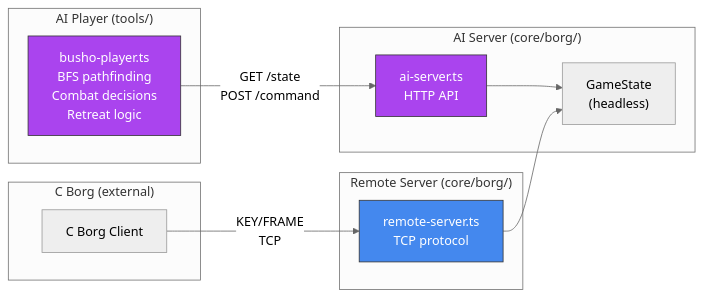
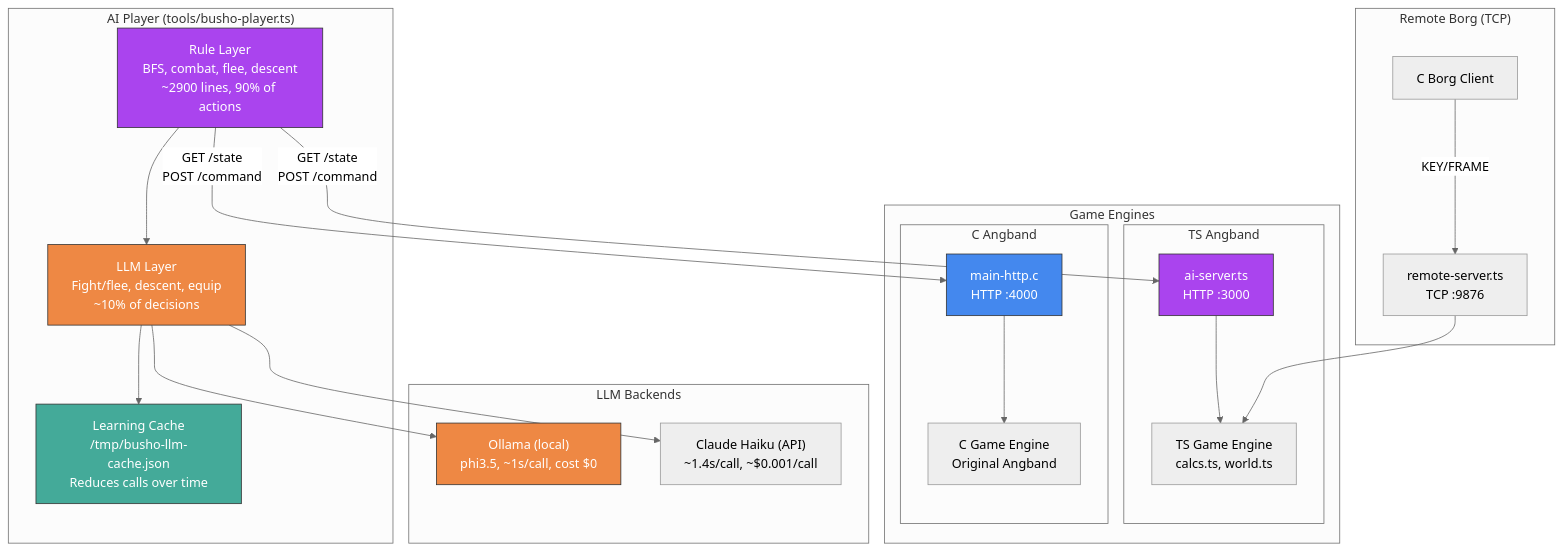
The seventh of 10 diagrams in ARCHITECTURE.md (yuukiishikawa/angband-ts), drawn with Mermaid (neutral theme) before and after one commit. The commit also changed other lines of this file and 3 other files, not shown here.

First line of the commit message:
feat: LLM hybrid AI + stat gain + architecture docs

````diff
--- a/ARCHITECTURE.md
+++ b/ARCHITECTURE.md
@@ -344,28 +346,48 @@
 ```mermaid
-graph LR
-    subgraph "AI Player (tools/)"
-        BP["busho-player.ts<br/>BFS pathfinding<br/>Combat decisions<br/>Retreat logic"]
+graph TB
+    subgraph "AI Player (tools/busho-player.ts)"
+        RL["Rule Layer<br/>BFS, combat, flee, descent<br/>~2900 lines, 90% of actions"]
+        LLM["LLM Layer<br/>Fight/flee, descent, equip<br/>~10% of decisions"]
+        CACHE["Learning Cache<br/>/tmp/busho-llm-cache.json<br/>Reduces calls over time"]
+        RL --> LLM
+        LLM --> CACHE
     end
 
-    subgraph "AI Server (core/borg/)"
-        AS["ai-server.ts<br/>HTTP API"]
-        GS["GameState<br/>(headless)"]
-        AS --> GS
+    subgraph "LLM Backends"
+        OLLAMA["Ollama (local)<br/>phi3.5, ~1s/call, cost $0"]
+        HAIKU["Claude Haiku (API)<br/>~1.4s/call, ~$0.001/call"]
     end
 
-    subgraph "C Borg (external)"
-        CB["C Borg Client"]
+    subgraph "Game Engines"
+        subgraph "TS Angband"
+            AS["ai-server.ts<br/>HTTP :3000"]
+            TSGAME["TS Game Engine<br/>calcs.ts, world.ts"]
+            AS --> TSGAME
+        end
+
+        subgraph "C Angband"
+            CH["main-http.c<br/>HTTP :4000"]
+            CGAME["C Game Engine<br/>Original Angband"]
+            CH --> CGAME
+        end
     end
 
-    subgraph "Remote Server (core/borg/)"
-        RS["remote-server.ts<br/>TCP protocol"]
-        RS --> GS
+    subgraph "Remote Borg (TCP)"
+        RS["remote-server.ts<br/>TCP :9876"]
+        CB["C Borg Client"]
+        RS --> TSGAME
+        CB -->|"KEY/FRAME"| RS
     end
 
-    BP -->|"GET /state<br/>POST /command"| AS
-    CB -->|"KEY/FRAME<br/>TCP"| RS
+    RL -->|"GET /state<br/>POST /command"| AS
+    RL -->|"GET /state<br/>POST /command"| CH
+    LLM --> OLLAMA
+    LLM --> HAIKU
 
-    style BP fill:#a4e,stroke:#333,color:#fff
+    style RL fill:#a4e,stroke:#333,color:#fff
+    style LLM fill:#e84,stroke:#333,color:#fff
+    style CACHE fill:#4a9,stroke:#333,color:#fff
     style AS fill:#a4e,stroke:#333,color:#fff
-    style RS fill:#48e,stroke:#333,color:#fff
+    style CH fill:#48e,stroke:#333,color:#fff
+    style OLLAMA fill:#e84,stroke:#333,color:#fff
 ```
````
